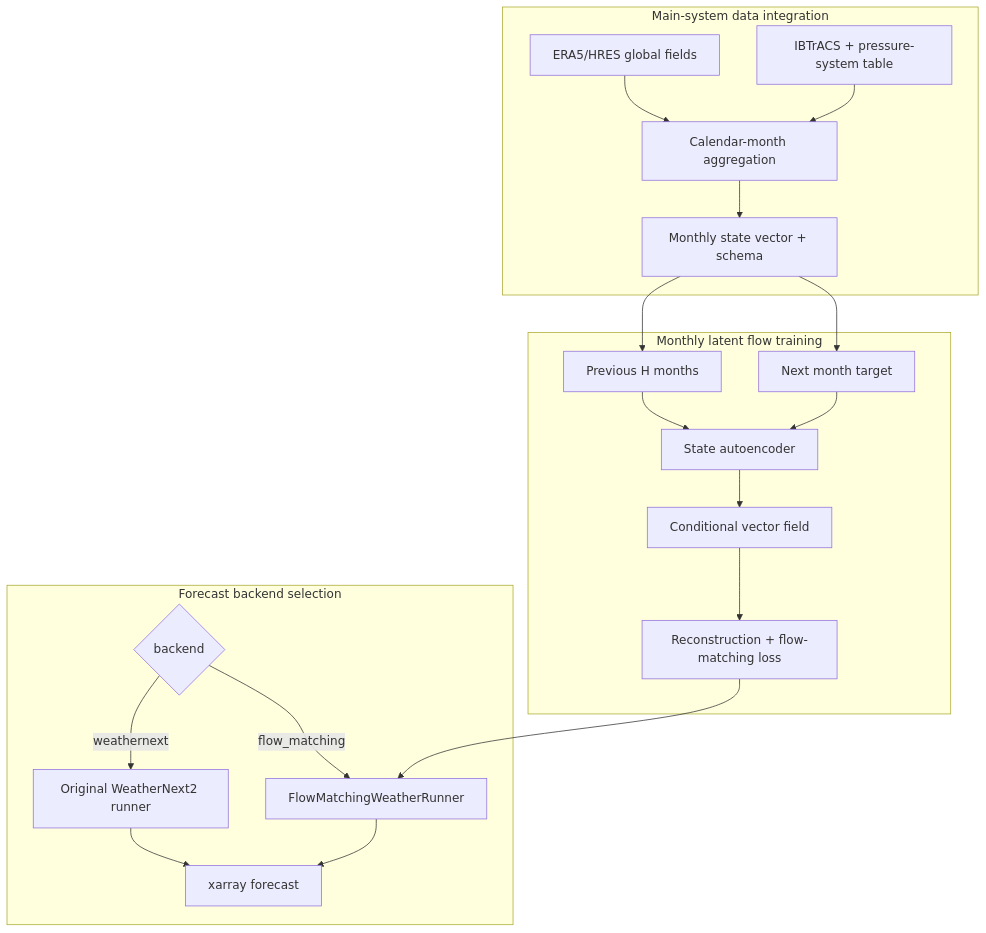
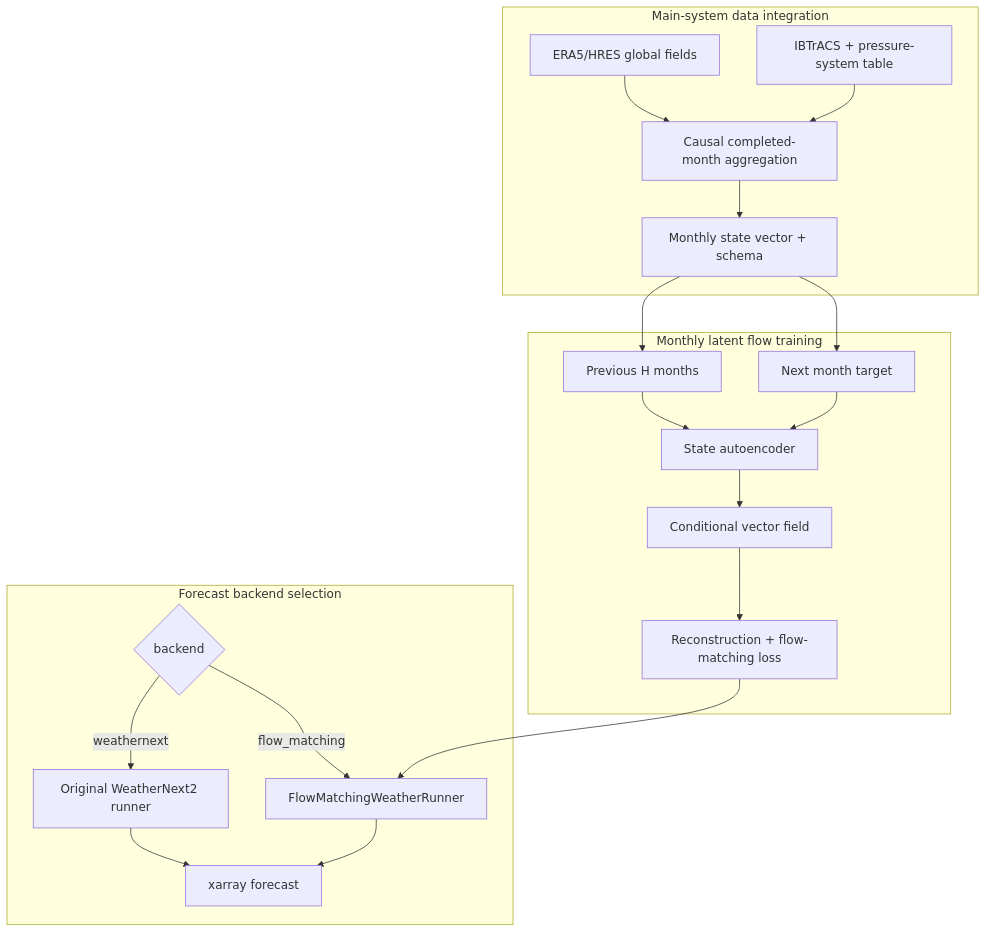
The first of 2 diagrams in README.md (nayehyeon61-glitch/climate_diffusion), drawn with Mermaid before and after one commit. The commit also changed other lines of this file and 9 other files, not shown here.

Commit message:
Harden monthly flow artifacts and add held-out evaluation

````diff
--- a/README.md
+++ b/README.md
@@ -16,38 +16,38 @@
 ```mermaid
 flowchart TB
     subgraph DATA["Main-system data integration"]
         FIELD["ERA5/HRES global fields"]
         TABLE["IBTrACS + pressure-system table"]
-        MONTH["Calendar-month aggregation"]
+        MONTH["Causal completed-month aggregation"]
         STATE["Monthly state vector + schema"]
         FIELD --> MONTH
         TABLE --> MONTH
         MONTH --> STATE
     end
 
     subgraph TRAIN["Monthly latent flow training"]
         HIST["Previous H months"]
         TARGET["Next month target"]
         AE["State autoencoder"]
         CFM["Conditional vector field"]
         LOSS["Reconstruction + flow-matching loss"]
         STATE --> HIST
         STATE --> TARGET
         HIST --> AE
         TARGET --> AE
         AE --> CFM --> LOSS
     end
 
     subgraph SELECT["Forecast backend selection"]
         SWITCH{"backend"}
         WN["Original WeatherNext2 runner"]
         FLOW["FlowMatchingWeatherRunner"]
         OUT["xarray forecast"]
         SWITCH -->|weathernext| WN
         SWITCH -->|flow_matching| FLOW
         WN --> OUT
         FLOW --> OUT
     end
 
     LOSS --> FLOW
 ```
````
